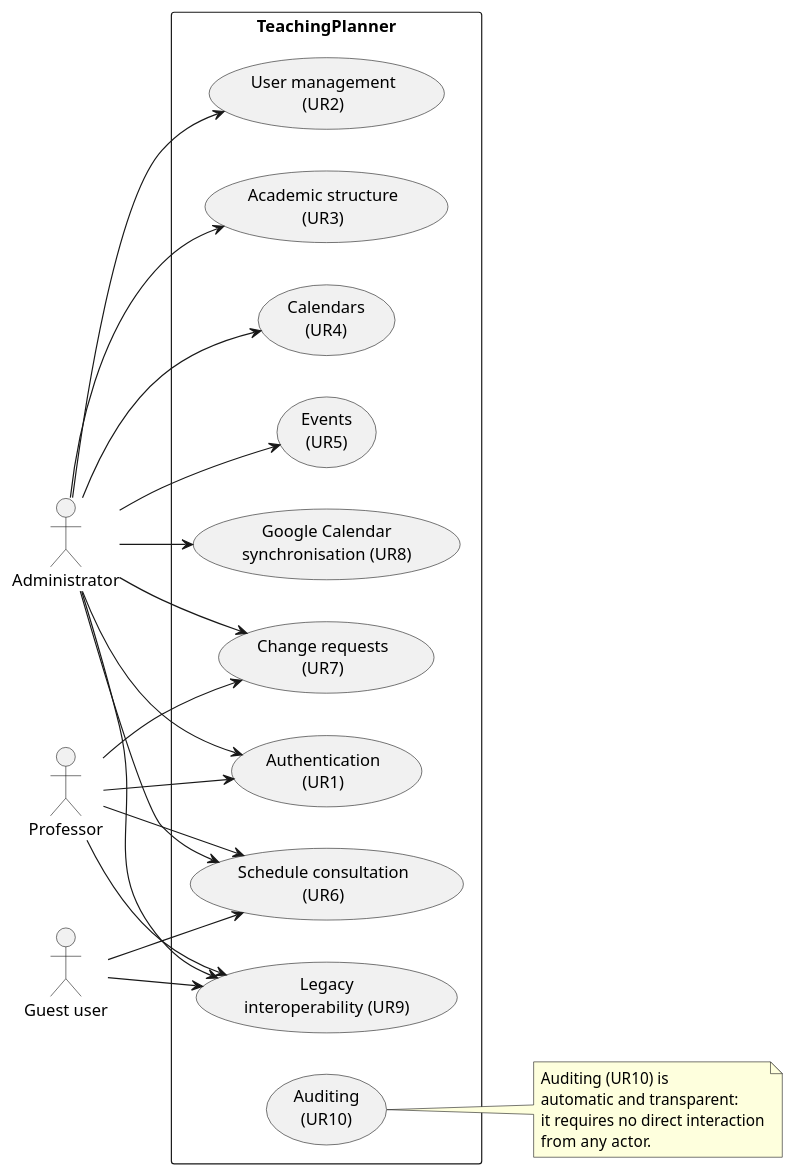
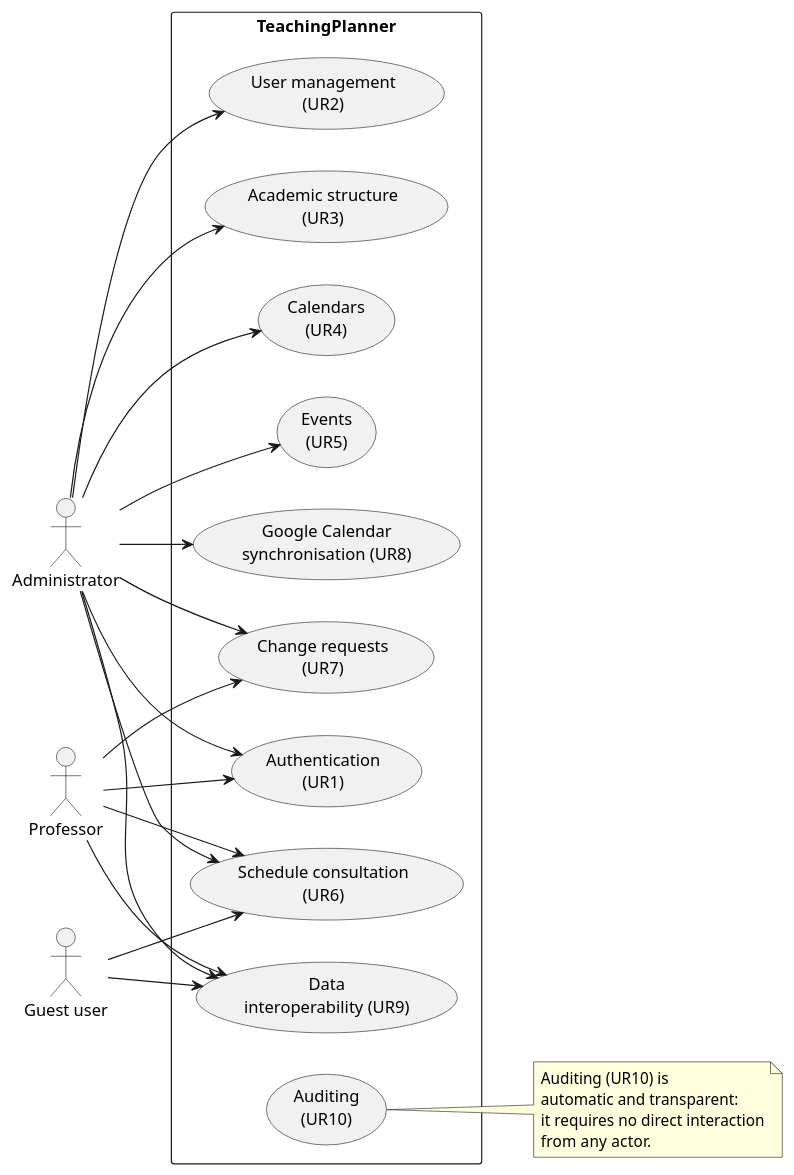
The first of 6 diagrams in docs/capitulo4_system_requirements.md (Murias10/TeachingPlanner), drawn with PlantUML before and after one commit. The commit also changed other lines of this file and 3 other files, not shown here.

````diff
--- a/docs/capitulo4_system_requirements.md
+++ b/docs/capitulo4_system_requirements.md
@@ -13,44 +13,44 @@
 ```plantuml
 @startuml
 left to right direction
 skinparam packageStyle rectangle
 
 actor "Administrator" as Admin
 actor "Professor" as Prof
 actor "Guest user" as Guest
 
 rectangle "TeachingPlanner" {
   usecase "Authentication\n(UR1)" as M1
   usecase "User management\n(UR2)" as M2
   usecase "Academic structure\n(UR3)" as M3
   usecase "Calendars\n(UR4)" as M4
   usecase "Events\n(UR5)" as M5
   usecase "Schedule consultation\n(UR6)" as M6
   usecase "Change requests\n(UR7)" as M7
   usecase "Google Calendar\nsynchronisation (UR8)" as M8
-  usecase "Legacy\ninteroperability (UR9)" as M9
+  usecase "Data\ninteroperability (UR9)" as M9
   usecase "Auditing\n(UR10)" as M10
 }
 
 Admin --> M1
 Admin --> M2
 Admin --> M3
 Admin --> M4
 Admin --> M5
 Admin --> M6
 Admin --> M7
 Admin --> M8
 Admin --> M9
 
 Prof --> M1
 Prof --> M6
 Prof --> M7
 Prof --> M9
 
 Guest --> M6
 Guest --> M9
 
 note "Auditing (UR10) is\nautomatic and transparent:\nit requires no direct interaction\nfrom any actor." as NAudit
 M10 .. NAudit
 @enduml
 ```
````
